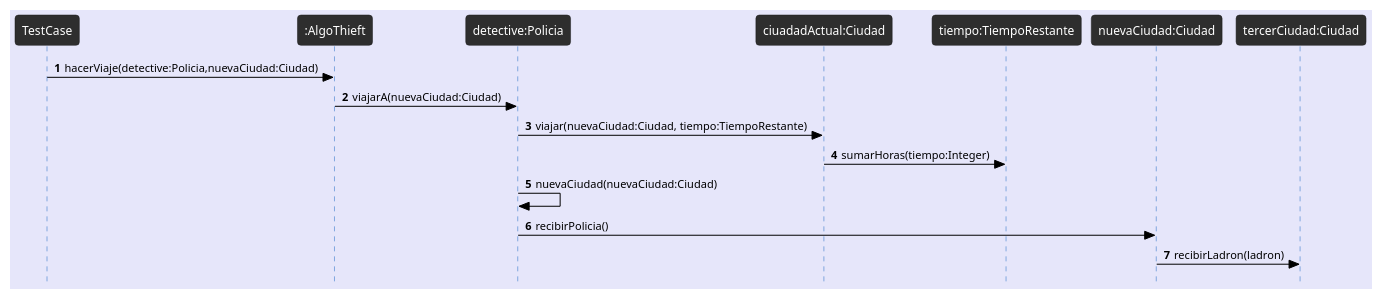
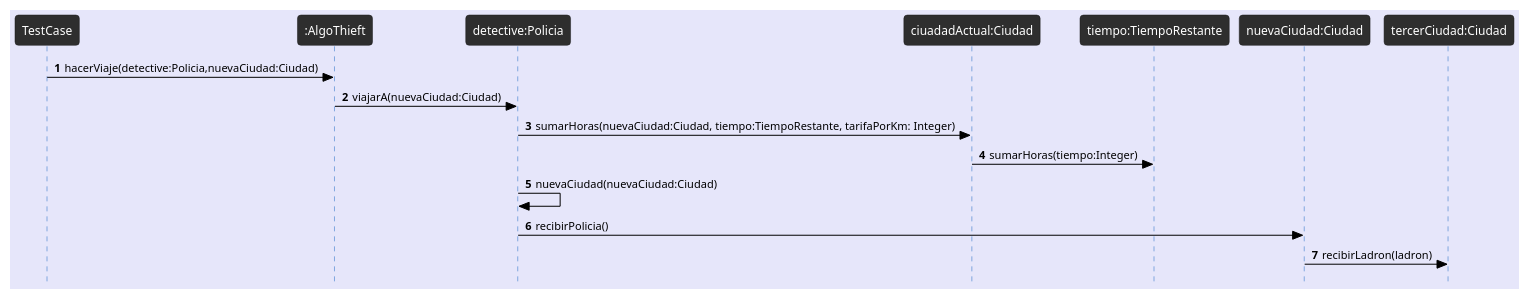
Before and after one commit to avilagaston9/algo3_tp2: the diagram in docs/Diagramas/Secuencia/caso1-3.plantuml, drawn with PlantUML. The commit also changed 4 other files, not shown here.

```diff
--- a/docs/Diagramas/Secuencia/caso1-3.plantuml
+++ b/docs/Diagramas/Secuencia/caso1-3.plantuml
@@ -1,26 +1,26 @@
 @startuml Detective viaja de Montreal a Mexico
 !theme reddress-darkblue
 autonumber
 skinparam style strictuml
 skinparam BackGroundColor lavender
 skinparam RoundCorner 7
 skinparam SequenceGroupFontColor black
 skinparam SequenceGroupBorderColor black
 skinparam SequenceGroupBorderThickness 0.5
 skinparam ArrowFontColor black
 skinparam ArrowColor black
 skinparam ActorFontColor black
 skinparam participantFontSize 12
 skinparam SequenceLifeLineBackGroundColor 2e2e2e
 
 TestCase -> ":AlgoThieft" as juego: hacerViaje(detective:Policia,nuevaCiudad:Ciudad)
 juego -> "detective:Policia" as detective: viajarA(nuevaCiudad:Ciudad)
-detective -> "ciuadadActual:Ciudad" as ciudadActual: viajar(nuevaCiudad:Ciudad, tiempo:TiempoRestante)
+detective -> "ciuadadActual:Ciudad" as ciudadActual: sumarHoras(nuevaCiudad:Ciudad, tiempo:TiempoRestante, tarifaPorKm: Integer)
 
 ciudadActual -> "tiempo:TiempoRestante" as tiempo: sumarHoras(tiempo:Integer)
 detective -> detective: nuevaCiudad(nuevaCiudad:Ciudad)
 
 detective -> "nuevaCiudad:Ciudad" as nuevaCiudad: recibirPolicia()
 nuevaCiudad -> "tercerCiudad:Ciudad" : recibirLadron(ladron)
 
 @enduml
```
